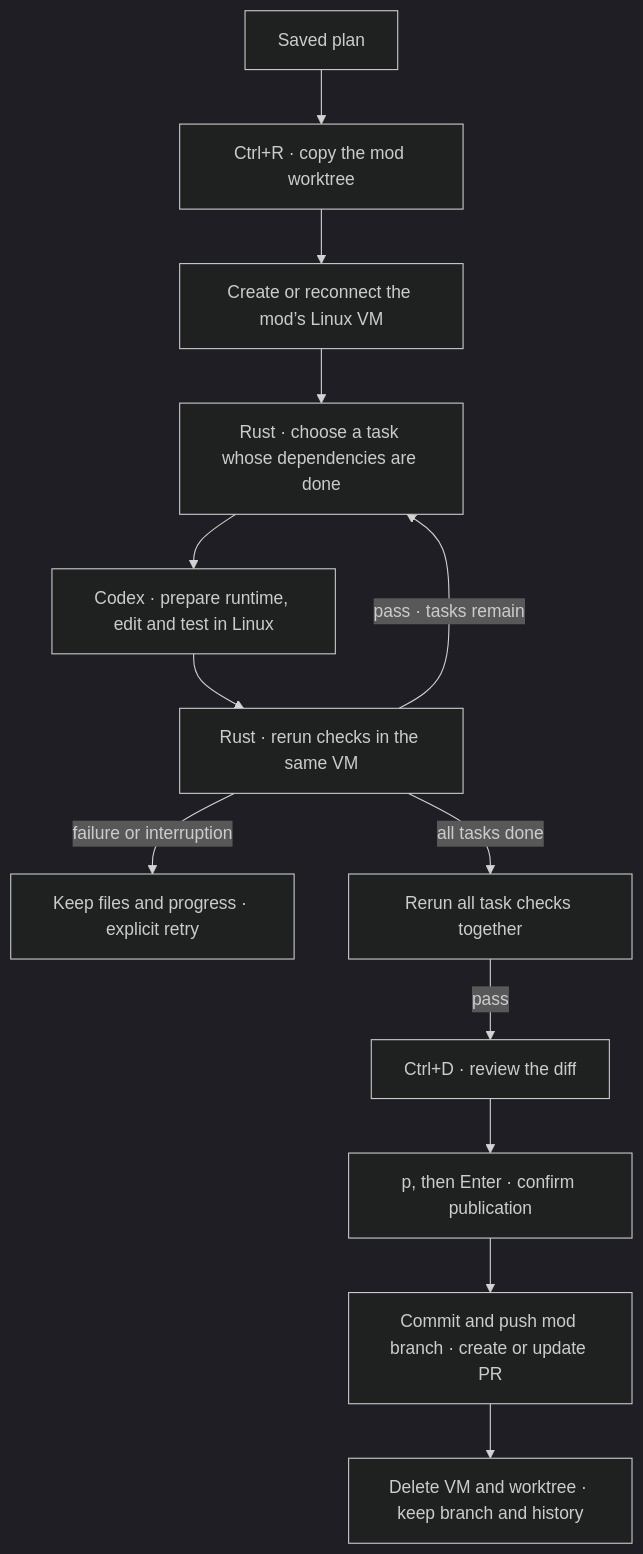
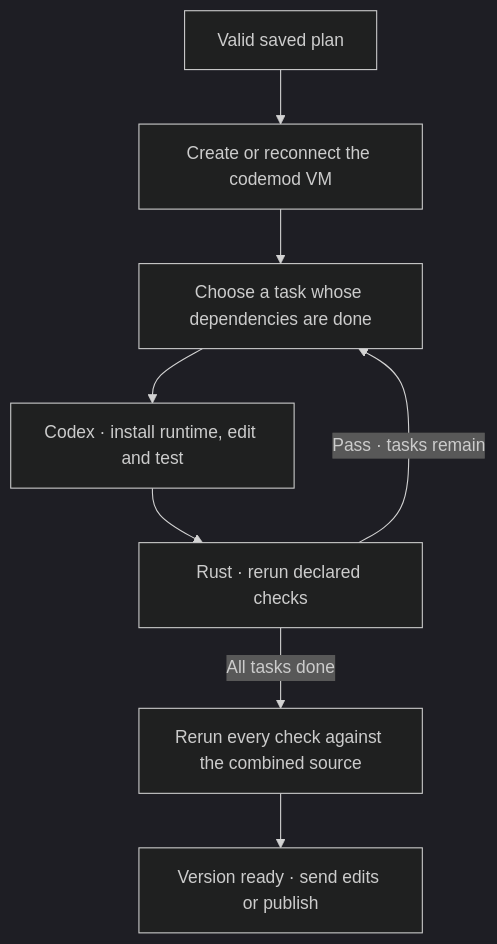
Before and after one commit to minimumeffort-dev/sprowt.harness: the diagram in docs/execution.md, drawn with Mermaid (dark theme). The commit also changed other lines of this file and 18 other files, not shown here.

````diff
--- a/docs/execution.md
+++ b/docs/execution.md
@@ -5,15 +5,10 @@
 ```mermaid
 flowchart TB
-    plan["Saved plan"] --> start["Ctrl+R · copy the mod worktree"]
-    start --> vm["Create or reconnect the mod’s Linux VM"]
-    vm --> choose["Rust · choose a task whose dependencies are done"]
-    choose --> worker["Codex · prepare runtime, edit and test in Linux"]
-    worker --> checks["Rust · rerun checks in the same VM"]
-    checks -->|"pass · tasks remain"| choose
-    checks -->|"failure or interruption"| paused["Keep files and progress · explicit retry"]
-    checks -->|"all tasks done"| final["Rerun all task checks together"]
-    final -->|"pass"| review["Ctrl+D · review the diff"]
-    review --> confirm["p, then Enter · confirm publication"]
-    confirm --> pr["Commit and push mod branch · create or update PR"]
-    pr --> cleanup["Delete VM and worktree · keep branch and history"]
+    plan["Valid saved plan"] --> vm["Create or reconnect the codemod VM"]
+    vm --> task["Choose a task whose dependencies are done"]
+    task --> worker["Codex · install runtime, edit and test"]
+    worker --> checks["Rust · rerun declared checks"]
+    checks -->|"Pass · tasks remain"| task
+    checks -->|"All tasks done"| final["Rerun every check against the combined source"]
+    final --> ready["Version ready · send edits or publish"]
 ```
````
